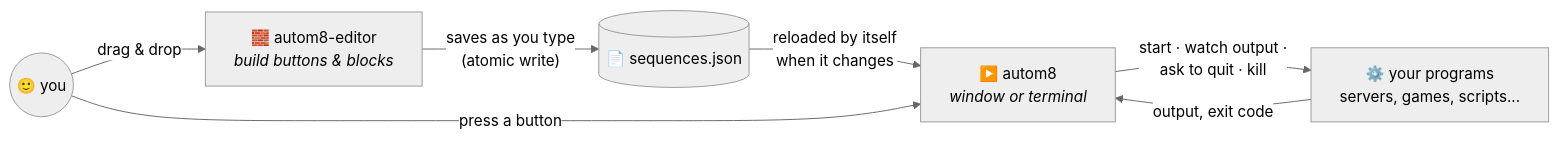
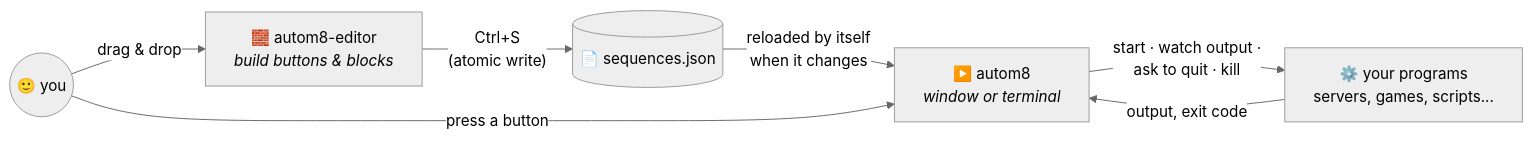
Before and after one commit to leonmc330/AutoM8: the first of 7 diagrams in README.md, drawn with Mermaid (neutral theme). The commit also changed other lines of this file and 19 other files, not shown here.

````diff
--- a/README.md
+++ b/README.md
@@ -41,15 +41,15 @@
 ```mermaid
 flowchart LR
     you(("🙂 you"))
     editor["🧱 autom8-editor<br/><i>build buttons & blocks</i>"]
     file[("📄 sequences.json")]
     runner["▶️ autom8<br/><i>window or terminal</i>"]
     procs["⚙️ your programs<br/>servers, games, scripts..."]
 
     you -- drag & drop --> editor
-    editor -- "saves as you type<br/>(atomic write)" --> file
+    editor -- "Ctrl+S<br/>(atomic write)" --> file
     file -- "reloaded by itself<br/>when it changes" --> runner
     you -- "press a button" --> runner
     runner -- "start · watch output ·<br/>ask to quit · kill" --> procs
     procs -- "output, exit code" --> runner
 ```
````
